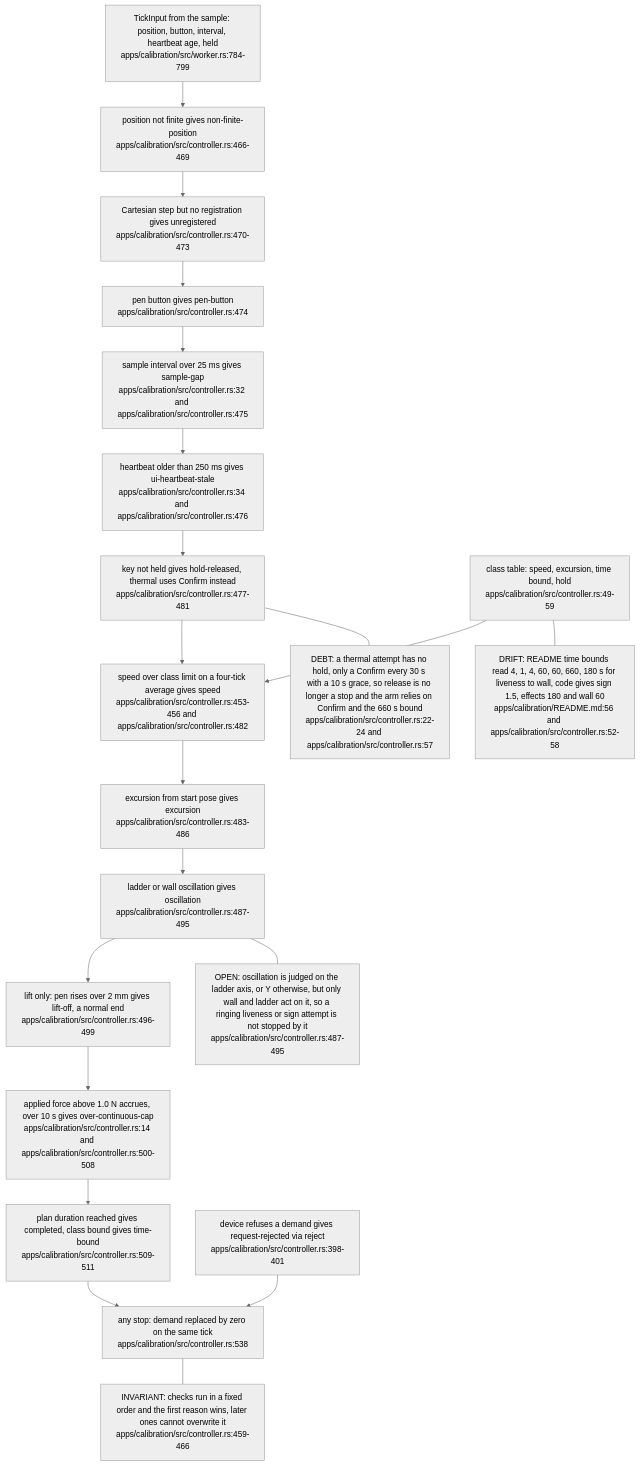
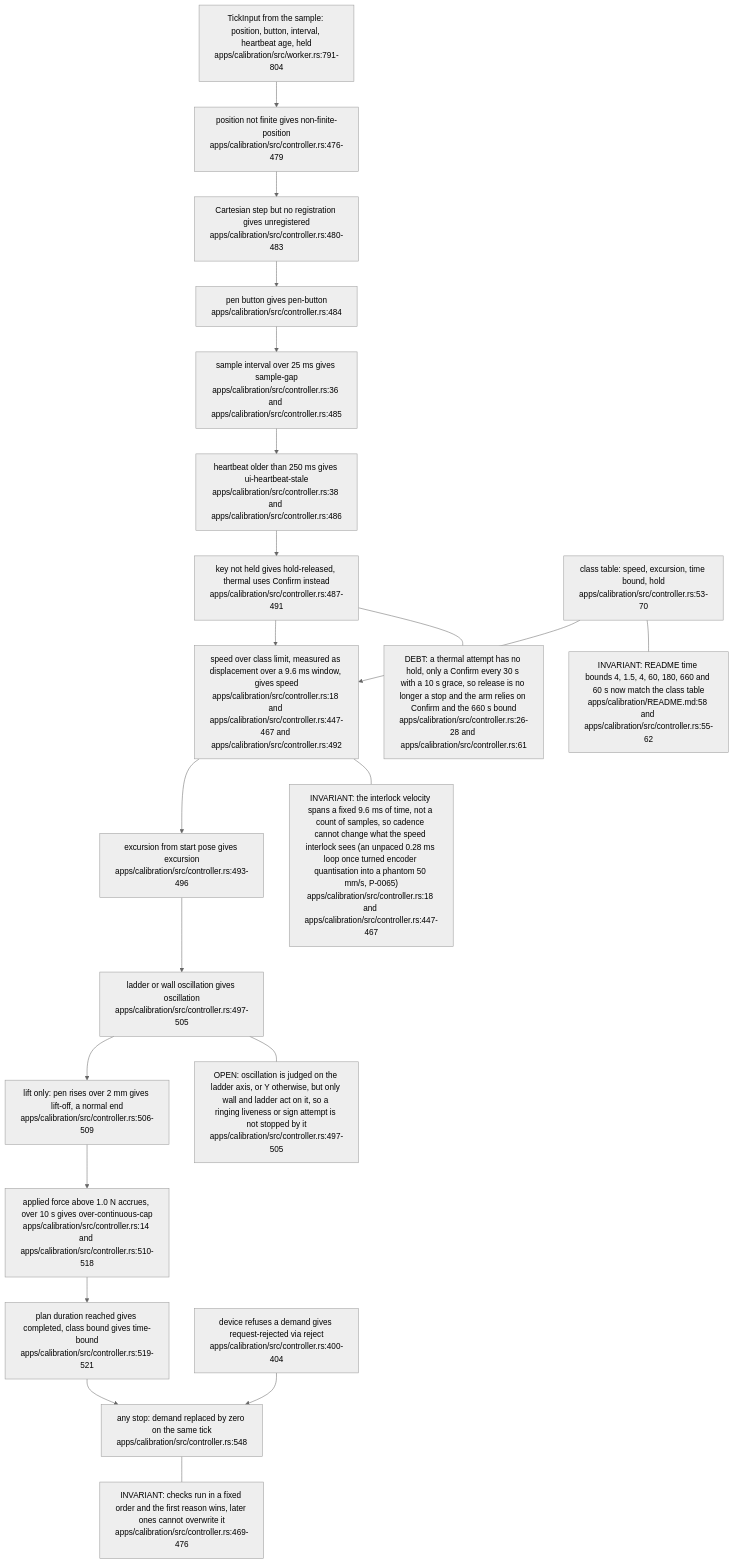
Before and after one commit to DreamLab-AI/VisionFlow: the third of 6 diagrams in docs/diagrams/visiontouch-rs/08-calibration-studio-and-verification-ladder.md, drawn with Mermaid (neutral theme). The commit also changed other lines of this file and 9 other files, not shown here.

Commit message:
docs(diagrams): re-stamp VT-01 to VT-08 at visiontouch-rs 77898bc

````diff
--- a/docs/diagrams/visiontouch-rs/08-calibration-studio-and-verification-ladder.md
+++ b/docs/diagrams/visiontouch-rs/08-calibration-studio-and-verification-ladder.md
@@ -122,42 +126,44 @@
 ```mermaid
 flowchart TB
-    IN["TickInput from the sample: position, button, interval, heartbeat age, held<br/>apps/calibration/src/worker.rs:784-799"]
-    NF["position not finite gives non-finite-position<br/>apps/calibration/src/controller.rs:466-469"]
-    UR["Cartesian step but no registration gives unregistered<br/>apps/calibration/src/controller.rs:470-473"]
-    BT["pen button gives pen-button<br/>apps/calibration/src/controller.rs:474"]
-    GAP["sample interval over 25 ms gives sample-gap<br/>apps/calibration/src/controller.rs:32 and apps/calibration/src/controller.rs:475"]
-    HB["heartbeat older than 250 ms gives ui-heartbeat-stale<br/>apps/calibration/src/controller.rs:34 and apps/calibration/src/controller.rs:476"]
-    HOLD["key not held gives hold-released, thermal uses Confirm instead<br/>apps/calibration/src/controller.rs:477-481"]
-    SPD["speed over class limit on a four-tick average gives speed<br/>apps/calibration/src/controller.rs:453-456 and apps/calibration/src/controller.rs:482"]
-    EXC["excursion from start pose gives excursion<br/>apps/calibration/src/controller.rs:483-486"]
-    OSC["ladder or wall oscillation gives oscillation<br/>apps/calibration/src/controller.rs:487-495"]
-    LFT["lift only: pen rises over 2 mm gives lift-off, a normal end<br/>apps/calibration/src/controller.rs:496-499"]
-    BUD["applied force above 1.0 N accrues, over 10 s gives over-continuous-cap<br/>apps/calibration/src/controller.rs:14 and apps/calibration/src/controller.rs:500-508"]
-    END["plan duration reached gives completed, class bound gives time-bound<br/>apps/calibration/src/controller.rs:509-511"]
-    ZERO["any stop: demand replaced by zero on the same tick<br/>apps/calibration/src/controller.rs:538"]
-    LIM["class table: speed, excursion, time bound, hold<br/>apps/calibration/src/controller.rs:49-59"]
-    REJ["device refuses a demand gives request-rejected via reject<br/>apps/calibration/src/controller.rs:398-401"]
+    IN["TickInput from the sample: position, button, interval, heartbeat age, held<br/>apps/calibration/src/worker.rs:791-804"]
+    NF["position not finite gives non-finite-position<br/>apps/calibration/src/controller.rs:476-479"]
+    UR["Cartesian step but no registration gives unregistered<br/>apps/calibration/src/controller.rs:480-483"]
+    BT["pen button gives pen-button<br/>apps/calibration/src/controller.rs:484"]
+    GAP["sample interval over 25 ms gives sample-gap<br/>apps/calibration/src/controller.rs:36 and apps/calibration/src/controller.rs:485"]
+    HB["heartbeat older than 250 ms gives ui-heartbeat-stale<br/>apps/calibration/src/controller.rs:38 and apps/calibration/src/controller.rs:486"]
+    HOLD["key not held gives hold-released, thermal uses Confirm instead<br/>apps/calibration/src/controller.rs:487-491"]
+    SPD["speed over class limit, measured as displacement over a 9.6 ms window, gives speed<br/>apps/calibration/src/controller.rs:18 and apps/calibration/src/controller.rs:447-467 and apps/calibration/src/controller.rs:492"]
+    EXC["excursion from start pose gives excursion<br/>apps/calibration/src/controller.rs:493-496"]
+    OSC["ladder or wall oscillation gives oscillation<br/>apps/calibration/src/controller.rs:497-505"]
+    LFT["lift only: pen rises over 2 mm gives lift-off, a normal end<br/>apps/calibration/src/controller.rs:506-509"]
+    BUD["applied force above 1.0 N accrues, over 10 s gives over-continuous-cap<br/>apps/calibration/src/controller.rs:14 and apps/calibration/src/controller.rs:510-518"]
+    END["plan duration reached gives completed, class bound gives time-bound<br/>apps/calibration/src/controller.rs:519-521"]
+    ZERO["any stop: demand replaced by zero on the same tick<br/>apps/calibration/src/controller.rs:548"]
+    LIM["class table: speed, excursion, time bound, hold<br/>apps/calibration/src/controller.rs:53-70"]
+    REJ["device refuses a demand gives request-rejected via reject<br/>apps/calibration/src/controller.rs:400-404"]
     IN --> NF
     NF --> UR
     UR --> BT
     BT --> GAP
     GAP --> HB
     HB --> HOLD
     HOLD --> SPD
     SPD --> EXC
     EXC --> OSC
     OSC --> LFT
     LFT --> BUD
     BUD --> END
     END --> ZERO
     LIM --> SPD
     REJ --> ZERO
-    N1["INVARIANT: checks run in a fixed order and the first reason wins, later ones cannot overwrite it<br/>apps/calibration/src/controller.rs:459-466"]
-    N2["DRIFT: README time bounds read 4, 1, 4, 60, 60, 660, 180 s for liveness to wall, code gives sign 1.5, effects 180 and wall 60<br/>apps/calibration/README.md:56 and apps/calibration/src/controller.rs:52-58"]
-    N3["DEBT: a thermal attempt has no hold, only a Confirm every 30 s with a 10 s grace, so release is no longer a stop and the arm relies on Confirm and the 660 s bound<br/>apps/calibration/src/controller.rs:22-24 and apps/calibration/src/controller.rs:57"]
-    N4["OPEN: oscillation is judged on the ladder axis, or Y otherwise, but only wall and ladder act on it, so a ringing liveness or sign attempt is not stopped by it<br/>apps/calibration/src/controller.rs:487-495"]
+    N1["INVARIANT: checks run in a fixed order and the first reason wins, later ones cannot overwrite it<br/>apps/calibration/src/controller.rs:469-476"]
+    N2["INVARIANT: the interlock velocity spans a fixed 9.6 ms of time, not a count of samples, so cadence cannot change what the speed interlock sees (an unpaced 0.28 ms loop once turned encoder quantisation into a phantom 50 mm/s, P-0065)<br/>apps/calibration/src/controller.rs:18 and apps/calibration/src/controller.rs:447-467"]
+    N5["INVARIANT: README time bounds 4, 1.5, 4, 60, 180, 660 and 60 s now match the class table<br/>apps/calibration/README.md:58 and apps/calibration/src/controller.rs:55-62"]
+    N3["DEBT: a thermal attempt has no hold, only a Confirm every 30 s with a 10 s grace, so release is no longer a stop and the arm relies on Confirm and the 660 s bound<br/>apps/calibration/src/controller.rs:26-28 and apps/calibration/src/controller.rs:61"]
+    N4["OPEN: oscillation is judged on the ladder axis, or Y otherwise, but only wall and ladder act on it, so a ringing liveness or sign attempt is not stopped by it<br/>apps/calibration/src/controller.rs:497-505"]
     ZERO --- N1
-    LIM --- N2
+    SPD --- N2
+    LIM --- N5
     HOLD --- N3
     OSC --- N4
 ```
````
